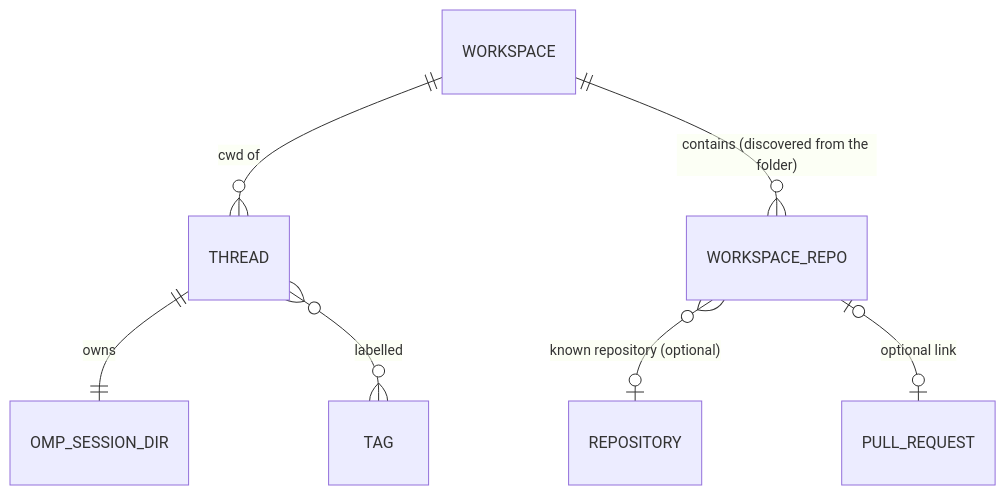
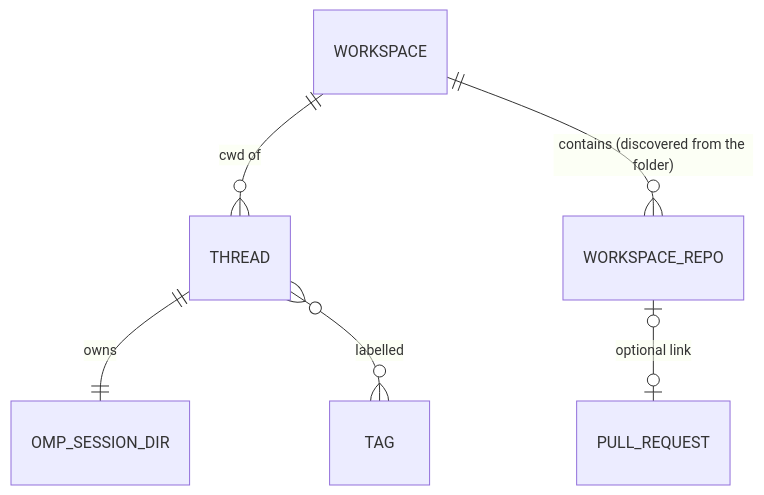
Before and after one commit to TonioGela/omfp: the first of 3 diagrams in docs/specs/00-overview.md, drawn with Mermaid. The commit also changed other lines of this file and 23 other files, not shown here.

````diff
--- a/docs/specs/00-overview.md
+++ b/docs/specs/00-overview.md
@@ -31,9 +32,8 @@
 ```mermaid
 erDiagram
   WORKSPACE ||--o{ THREAD : "cwd of"
   WORKSPACE ||--o{ WORKSPACE_REPO : "contains (discovered from the folder)"
-  WORKSPACE_REPO }o--o| REPOSITORY : "known repository (optional)"
   THREAD ||--|| OMP_SESSION_DIR : "owns"
   THREAD }o--o{ TAG : "labelled"
   WORKSPACE_REPO |o--o| PULL_REQUEST : "optional link"
 ```
````
